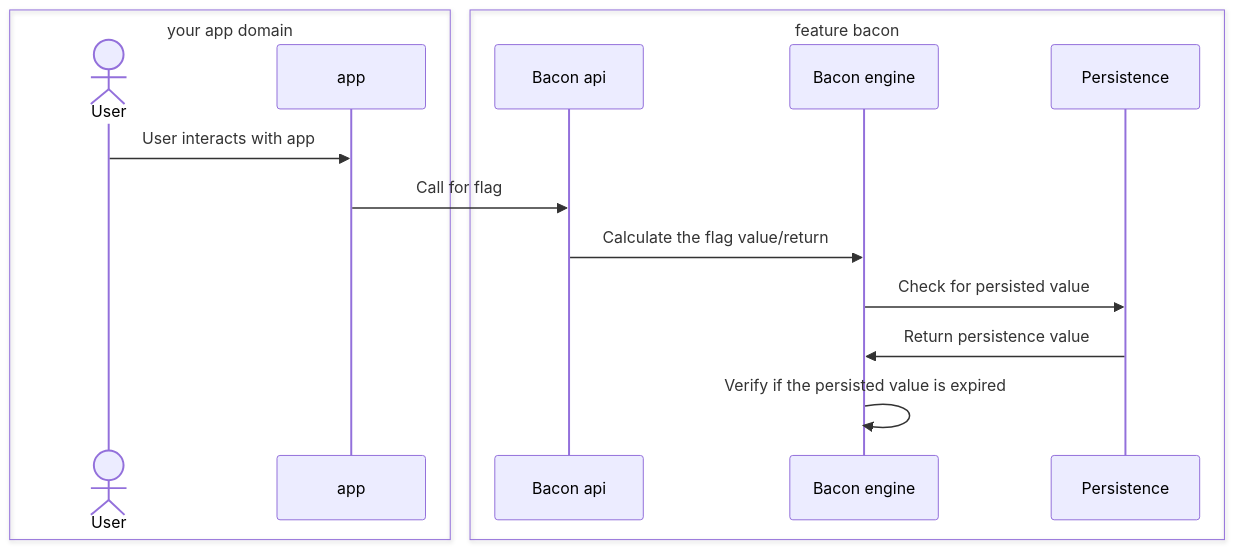
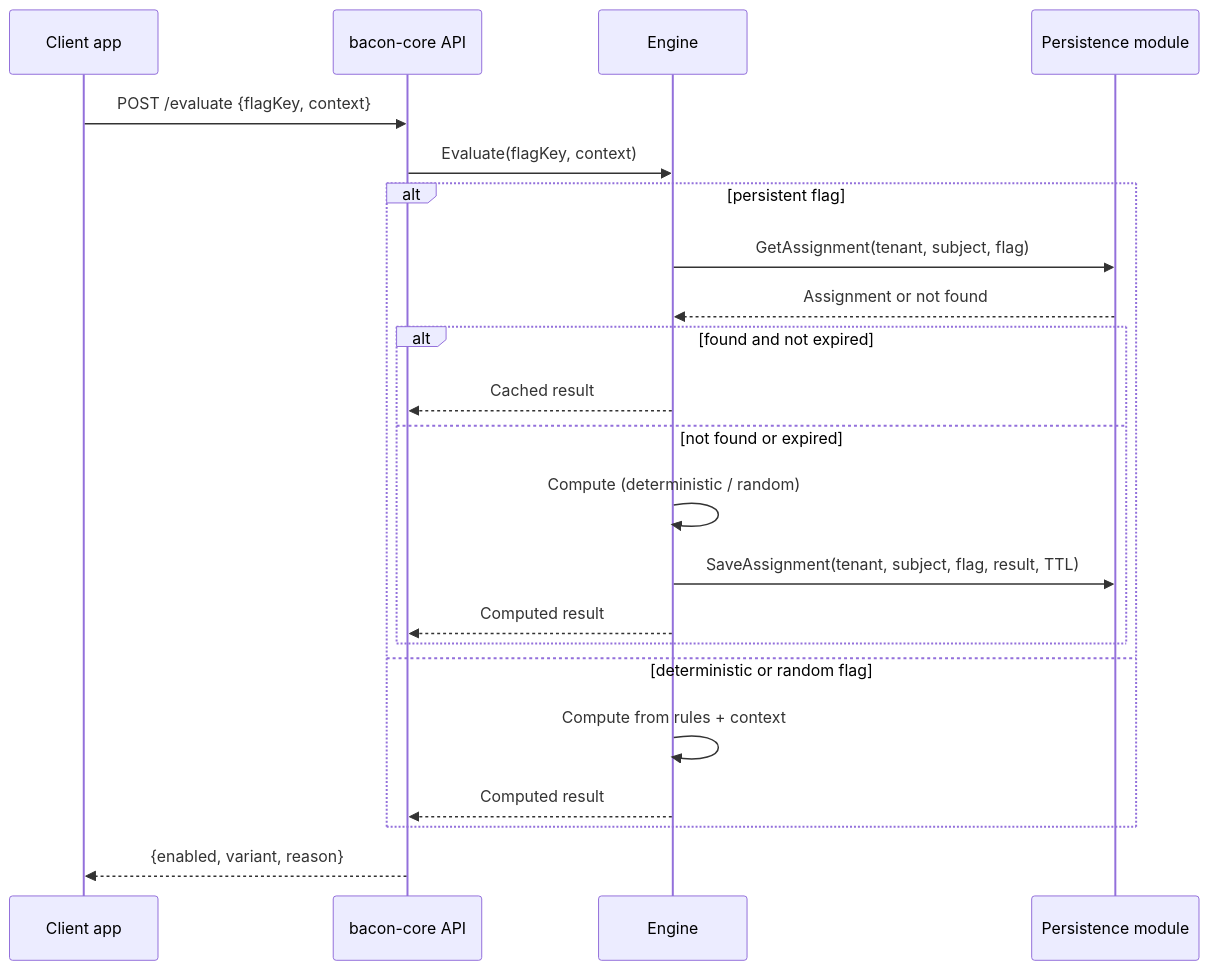
One commit to orlandoburli/feature-bacon changed the second of 2 diagrams in README.MD. Above: the diagram before and after it, drawn with Mermaid. The commit also changed other lines of this file, not shown here.

First line of the commit message:
Rewrite README with project description, features, and architecture

````diff
--- a/README.MD
+++ b/README.MD
@@ -23,21 +51,27 @@
 ```mermaid
 sequenceDiagram
-    box your app domain
-        actor user as User
-        participant app
+    participant client as Client app
+    participant api as bacon-core API
+    participant engine as Engine
+    participant persist as Persistence module
+
+    client->>api: POST /evaluate {flagKey, context}
+    api->>engine: Evaluate(flagKey, context)
+
+    alt persistent flag
+        engine->>persist: GetAssignment(tenant, subject, flag)
+        persist-->>engine: Assignment or not found
+        alt found and not expired
+            engine-->>api: Cached result
+        else not found or expired
+            engine->>engine: Compute (deterministic / random)
+            engine->>persist: SaveAssignment(tenant, subject, flag, result, TTL)
+            engine-->>api: Computed result
+        end
+    else deterministic or random flag
+        engine->>engine: Compute from rules + context
+        engine-->>api: Computed result
     end
 
-    box feature bacon
-        participant api as Bacon api
-        participant engine as Bacon engine
-        participant persistence as Persistence
-    end
-
-    user ->> app: User interacts with app
-    app ->> api: Call for flag
-    api ->> engine: Calculate the flag value/return
-    engine ->> persistence: Check for persisted value
-    persistence ->> engine: Return persistence value
-    engine ->> engine: Verify if the persisted value is expired
-
+    api-->>client: {enabled, variant, reason}
 ```
````
